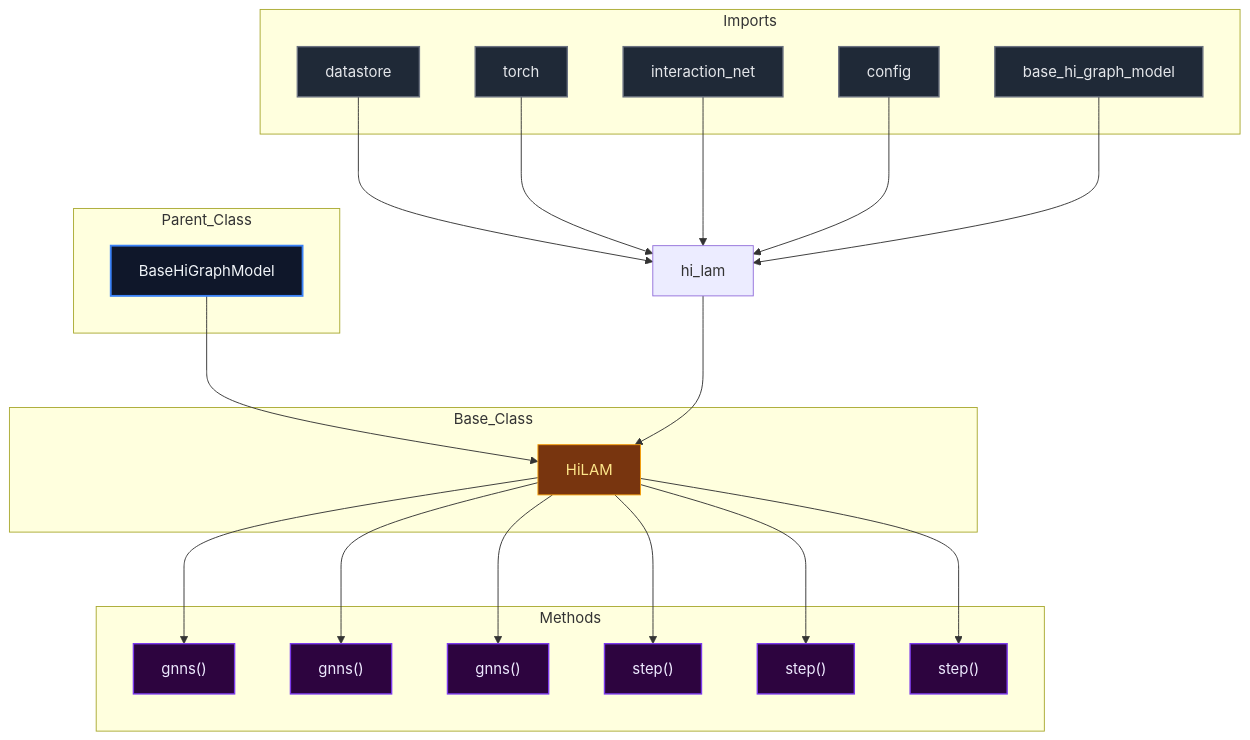
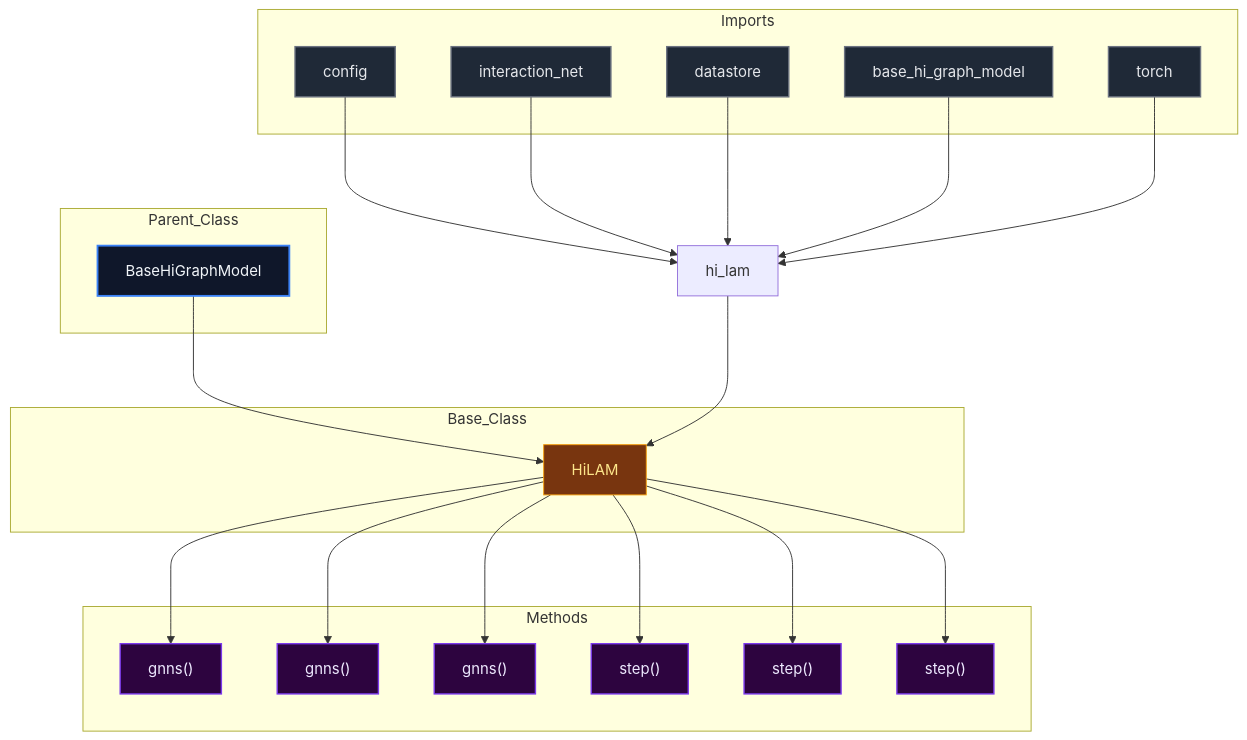
Before and after one commit to mllam/neural-lam: the diagram in docs/diagrams/structure/hi_lam_diagram.md, drawn with Mermaid. The commit also changed 20 other files, not shown here.

````diff
--- a/docs/diagrams/structure/hi_lam_diagram.md
+++ b/docs/diagrams/structure/hi_lam_diagram.md
@@ -1,57 +1,57 @@
 ```mermaid
 %%{init: {'flowchart': {'nodeSpacing': 60, 'rankSpacing': 80}}}%%
 flowchart TD
 
 module["hi_lam"]
 
 subgraph Parent_Class
     BaseHiGraphModel["BaseHiGraphModel"]
 end
 
 subgraph Base_Class
     HiLAM["HiLAM"]
 end
 
     BaseHiGraphModel --> HiLAM
 
 subgraph Imports
+    config["config"]
+    interaction_net["interaction_net"]
     datastore["datastore"]
+    base_hi_graph_model["base_hi_graph_model"]
     torch["torch"]
-    interaction_net["interaction_net"]
-    config["config"]
-    base_hi_graph_model["base_hi_graph_model"]
 end
 
+    config --> module
+    interaction_net --> module
     datastore --> module
+    base_hi_graph_model --> module
     torch --> module
-    interaction_net --> module
-    config --> module
-    base_hi_graph_model --> module
     module --> HiLAM
 
 subgraph Methods
     HiLAM_make_same_gnns["gnns()"]
     HiLAM_make_up_gnns["gnns()"]
     HiLAM_make_down_gnns["gnns()"]
     HiLAM_mesh_down_step["step()"]
     HiLAM_mesh_up_step["step()"]
     HiLAM_hi_processor_step["step()"]
 end
 
     HiLAM --> HiLAM_make_same_gnns
     HiLAM --> HiLAM_make_up_gnns
     HiLAM --> HiLAM_make_down_gnns
     HiLAM --> HiLAM_mesh_down_step
     HiLAM --> HiLAM_mesh_up_step
     HiLAM --> HiLAM_hi_processor_step
 
 classDef parent fill:#0f172a,stroke:#3b82f6,stroke-width:2px,color:#f1f5f9,font-size:16px
 classDef base fill:#78350f,stroke:#f59e0b,stroke-width:1px,color:#fde68a,font-size:16px
 classDef import fill:#1f2937,stroke:#6b7280,stroke-width:1.5px,color:#e5e7eb,font-size:16px
 classDef method fill:#2d043f,stroke:#7c3aed,stroke-width:1.5px,color:#ede9fe,font-size:16px
 classDef callNode fill:#064e3b,stroke:#10b981,stroke-width:1.5px,color:#d1fae5,font-size:16px
 class BaseHiGraphModel parent
 class HiLAM base
-class datastore,torch,interaction_net,config,base_hi_graph_model import
+class config,interaction_net,datastore,base_hi_graph_model,torch import
 class HiLAM_make_same_gnns,HiLAM_make_up_gnns,HiLAM_make_down_gnns,HiLAM_mesh_down_step,HiLAM_mesh_up_step,HiLAM_hi_processor_step method
 ```
````
